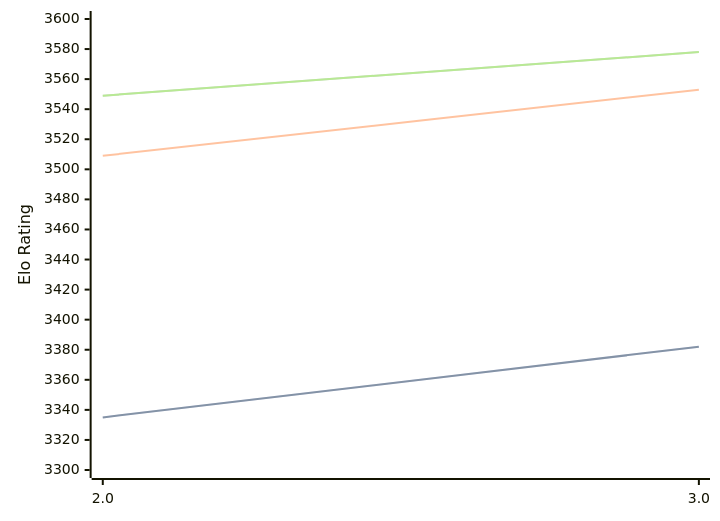
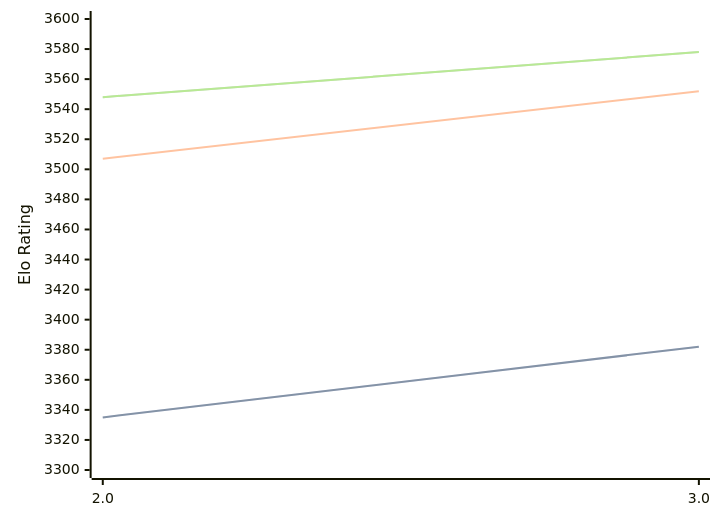
One commit to computer-chess-index/cci changed the diagram in engines/Quanticade.md. Above: the diagram before and after it, drawn with Mermaid. The commit also changed other lines of this file, not shown here.

Commit message:
Update CCI Ratings (ELO VLTC) - 2026-04-21

````diff
--- a/engines/Quanticade.md
+++ b/engines/Quanticade.md
@@ -41,11 +41,11 @@
 ```mermaid
 %%{init: {"theme":"base","themeVariables":{"seriesColors:['#a3a3a3','#222221','#faa371']}}}%%
 xychart-beta
   x-axis ["2.0", "3.0"]
   y-axis "Elo Rating" 3300 --> 3600
   line "STC (8.0+0.08s)" [3335, 3382]
   line "STC (8.0+0.08s)" [3335, 3382]
-  line "LTC (60.0+0.60s)" [3509, 3553]
-  line "VLTC (2m24s+1.12s)" [3549, 3578]
-  line "VLTC (2m24s+1.12s)" [3549, 3578]
+  line "LTC (60.0+0.60s)" [3507, 3552]
+  line "VLTC (2m24s+1.12s)" [3548, 3578]
+  line "VLTC (2m24s+1.12s)" [3548, 3578]
 ```
````
